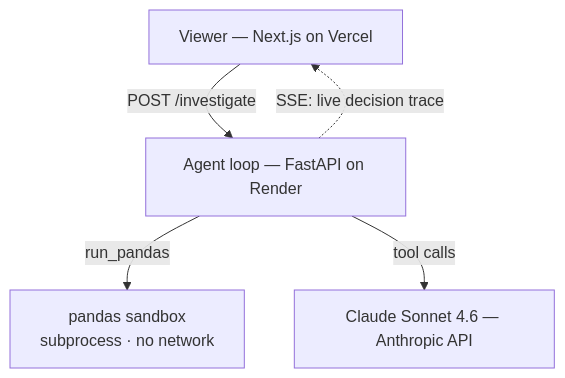
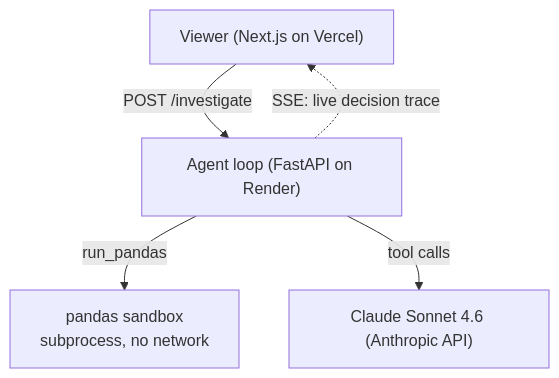
Before and after one commit to nate-bowers/data-investigator-agent: the second of 2 diagrams in README.md, drawn with Mermaid. The commit also changed other lines of this file and 34 other files, not shown here.

````diff
--- a/README.md
+++ b/README.md
@@ -55,8 +55,8 @@
 ```mermaid
 flowchart TD
-    V["Viewer — Next.js on Vercel"]
-    V -->|POST /investigate| L["Agent loop — FastAPI on Render"]
+    V["Viewer (Next.js on Vercel)"]
+    V -->|POST /investigate| L["Agent loop (FastAPI on Render)"]
     L -.->|SSE: live decision trace| V
-    L -->|run_pandas| S["pandas sandbox<br/>subprocess · no network"]
-    L -->|tool calls| C["Claude Sonnet 4.6 — Anthropic API"]
+    L -->|run_pandas| S["pandas sandbox<br/>subprocess, no network"]
+    L -->|tool calls| C["Claude Sonnet 4.6 (Anthropic API)"]
 ```
````
